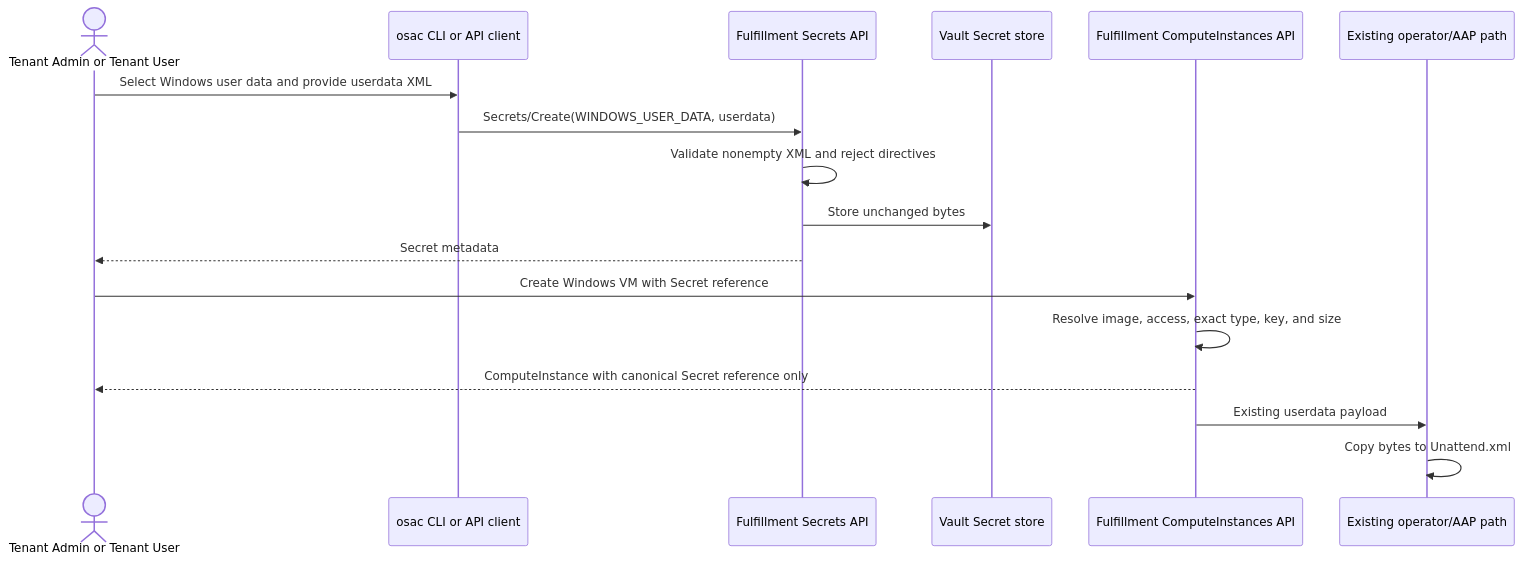
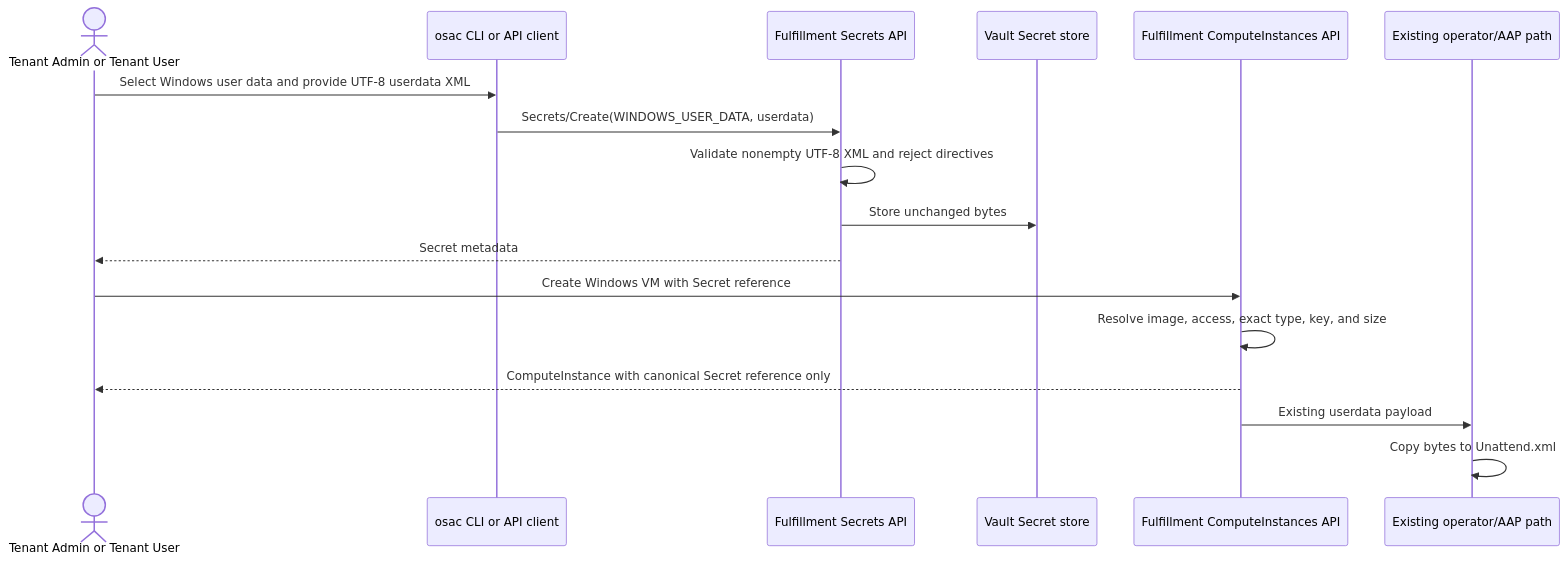
The diagram in enhancements/OSAC-6781-windows-user-data-secret-type/design.md (osac-project/enhancement-proposals), drawn with Mermaid before and after one commit. The commit also changed other lines of this file and 1 other file, not shown here.

First line of the commit message:
OSAC-6781: Define UTF-8 XML policy and align test plan

````diff
--- a/enhancements/OSAC-6781-windows-user-data-secret-type/design.md
+++ b/enhancements/OSAC-6781-windows-user-data-secret-type/design.md
@@ -101,20 +101,20 @@
 ```mermaid
 sequenceDiagram
     actor Tenant as Tenant Admin or Tenant User
     participant Client as osac CLI or API client
     participant API as Fulfillment Secrets API
     participant Vault as Vault Secret store
     participant VM as Fulfillment ComputeInstances API
     participant AAP as Existing operator/AAP path
 
-    Tenant->>Client: Select Windows user data and provide userdata XML
+    Tenant->>Client: Select Windows user data and provide UTF-8 userdata XML
     Client->>API: Secrets/Create(WINDOWS_USER_DATA, userdata)
-    API->>API: Validate nonempty XML and reject directives
+    API->>API: Validate nonempty UTF-8 XML and reject directives
     API->>Vault: Store unchanged bytes
     API-->>Tenant: Secret metadata
     Tenant->>VM: Create Windows VM with Secret reference
     VM->>VM: Resolve image, access, exact type, key, and size
     VM-->>Tenant: ComputeInstance with canonical Secret reference only
     VM->>AAP: Existing userdata payload
     AAP->>AAP: Copy bytes to Unattend.xml
 ```
````
